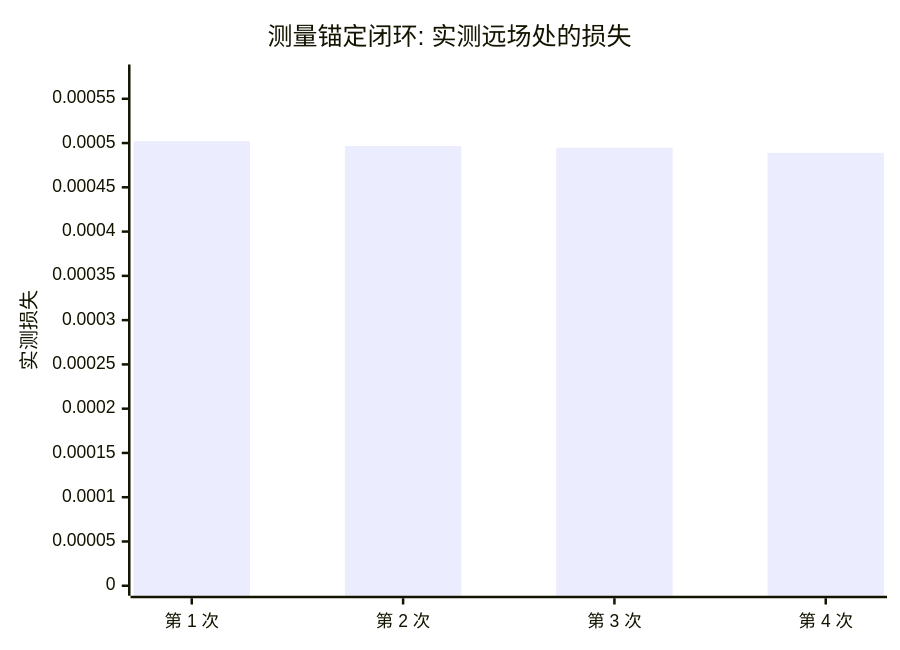
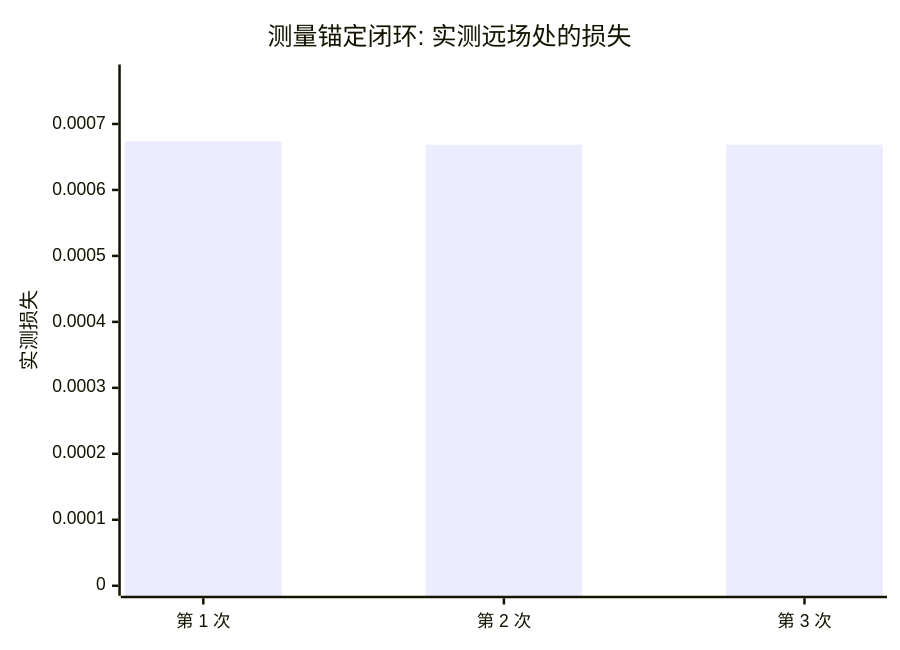
One commit to ywzhang909/AO-shaping changed the second of 2 diagrams in report/slm/differentiable_opt/differentiable_opt_report.md. Above: the diagram before and after it, drawn with Mermaid. The commit also changed other lines of this file and 39 other files, not shown here.

````diff
--- a/report/slm/differentiable_opt/differentiable_opt_report.md
+++ b/report/slm/differentiable_opt/differentiable_opt_report.md
@@ -288,7 +295,7 @@
 ```mermaid
 xychart-beta
     title "测量锚定闭环: 实测远场处的损失"
-    x-axis ["第 1 次", "第 2 次", "第 3 次", "第 4 次"]
-    y-axis "实测损失" 0 --> 0.000577429
-    bar [0.000502112, 0.000496703, 0.000494748, 0.000488914]
+    x-axis ["第 1 次", "第 2 次", "第 3 次"]
+    y-axis "实测损失" 0 --> 0.000775009
+    bar [0.000673921, 0.000668493, 0.000668691]
 ```
````
